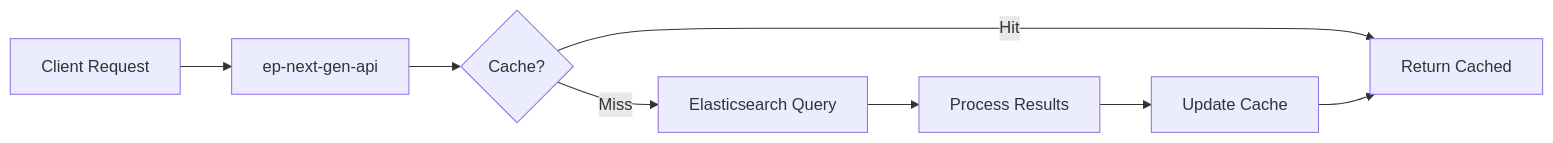
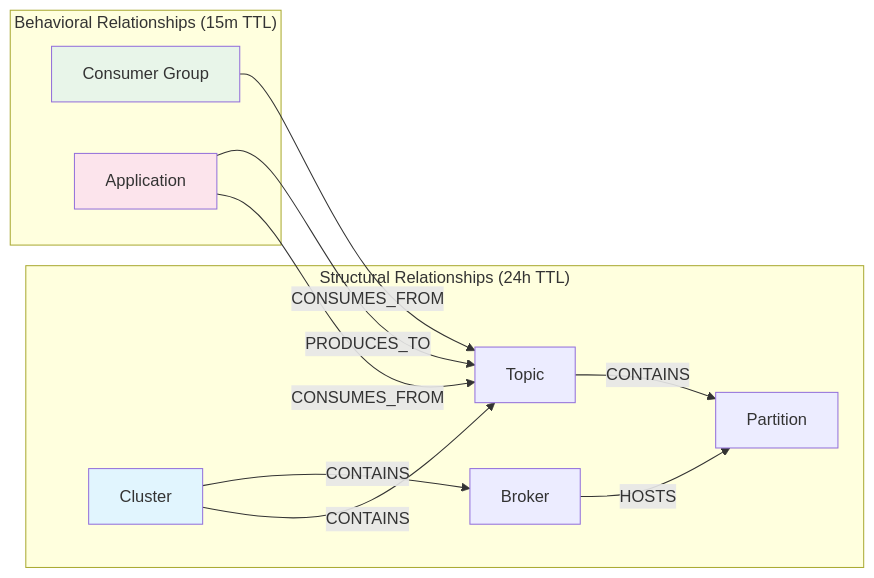
One commit to deepaucksharma/entity-platform-syllabus changed the fourth of 4 diagrams in KAFKA_ENTITY_DEFINITIONS_COMPLETE_WIKI.md. Above: the diagram before and after it, drawn with Mermaid. The commit also changed other lines of this file and 3 other files, not shown here.

````diff
--- a/KAFKA_ENTITY_DEFINITIONS_COMPLETE_WIKI.md
+++ b/KAFKA_ENTITY_DEFINITIONS_COMPLETE_WIKI.md
@@ -4271,10 +725,19 @@
 ```mermaid
 graph LR
-    A[Client Request] --> B[ep-next-gen-api]
-    B --> C{Cache?}
-    C -->|Hit| D[Return Cached]
-    C -->|Miss| E[Elasticsearch Query]
-    E --> F[Process Results]
-    F --> G[Update Cache]
-    G --> D
+    subgraph "Structural Relationships (24h TTL)"
+        A[Cluster] -->|CONTAINS| B[Broker]
+        A -->|CONTAINS| C[Topic]
+        C -->|CONTAINS| D[Partition]
+        B -->|HOSTS| D
+    end
+    
+    subgraph "Behavioral Relationships (15m TTL)"
+        E[Consumer Group] -->|CONSUMES_FROM| C
+        F[Application] -->|PRODUCES_TO| C
+        F -->|CONSUMES_FROM| C
+    end
+    
+    style A fill:#e1f5fe
+    style E fill:#e8f5e9
+    style F fill:#fce4ec
 ```
````
